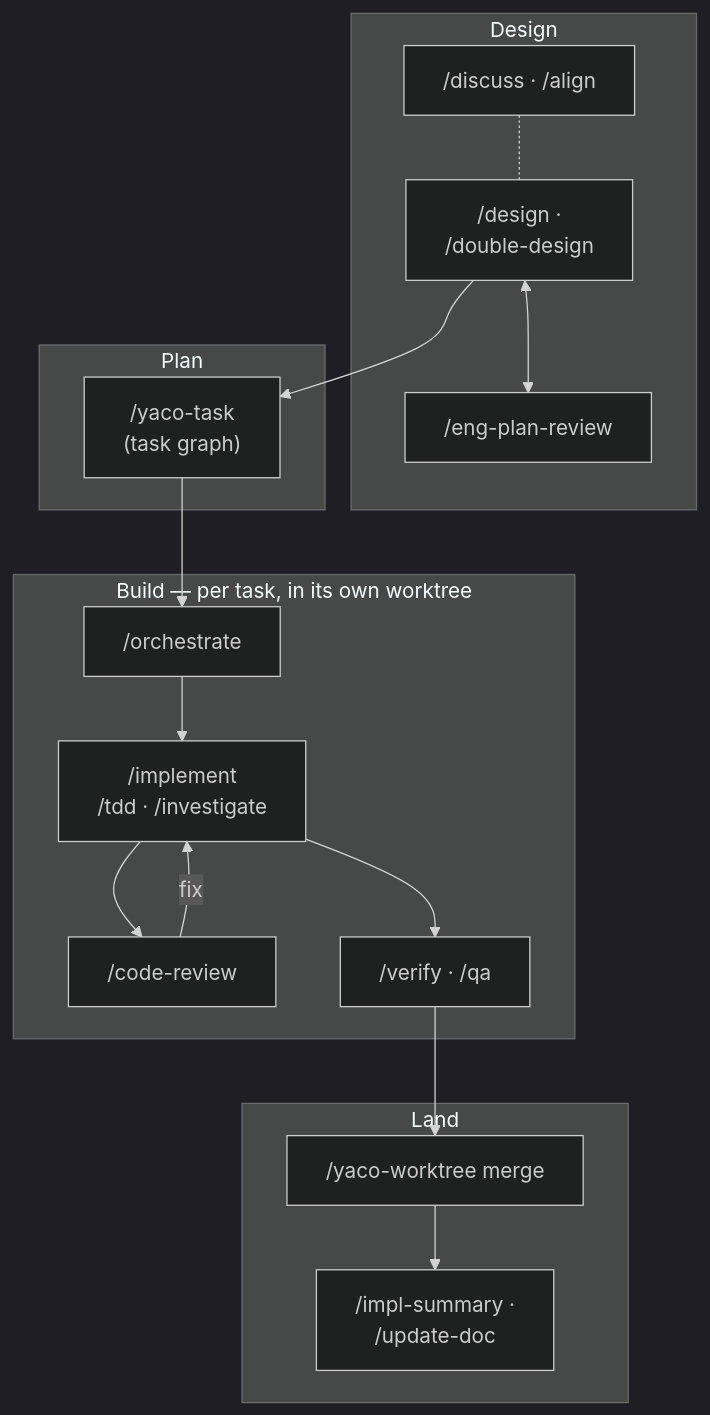
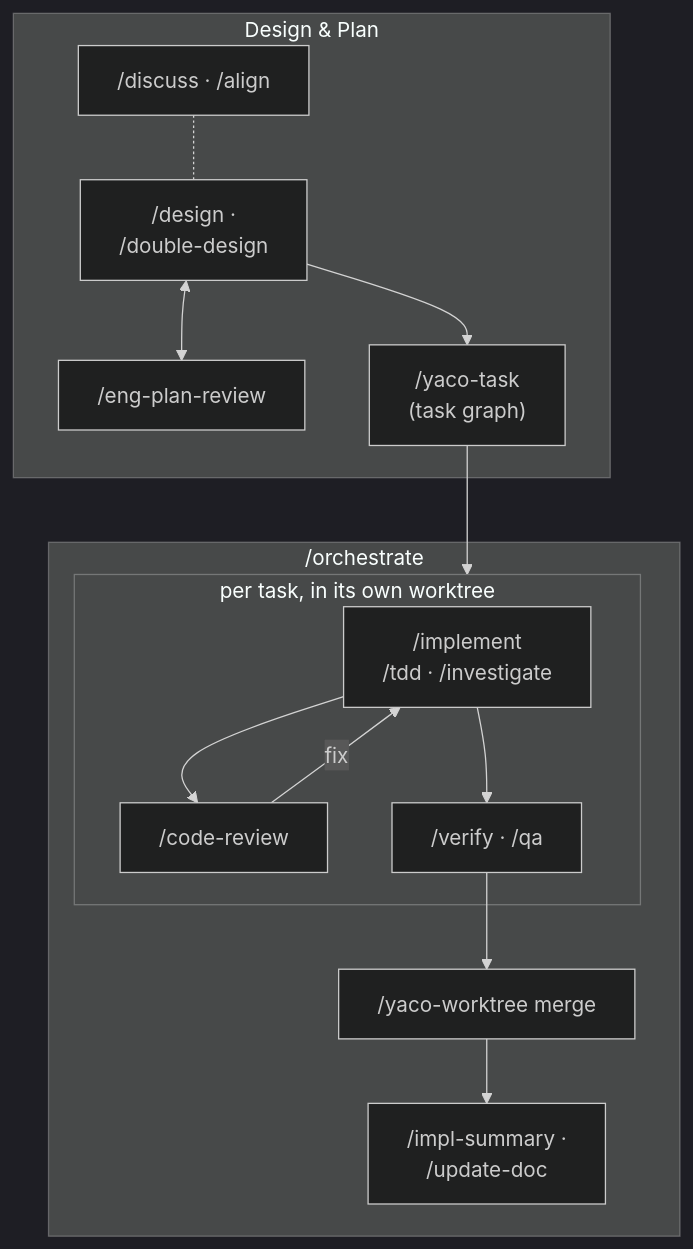
Before and after one commit to imoonkey/yaco: the diagram in README.md, drawn with Mermaid (dark theme).

Commit message:
docs(readme): chart — /orchestrate wraps the per-task loop and landing; /yaco-task joins Design & Plan

````diff
--- a/README.md
+++ b/README.md
@@ -115,22 +115,18 @@
 ```mermaid
 flowchart TD
-    subgraph DE ["Design"]
+    subgraph DE ["Design & Plan"]
         D["/design ·<br>/double-design"] <--> EPR["/eng-plan-review"]
         DIS["/discuss · /align"] -.- D
+        D --> TG["/yaco-task<br>(task graph)"]
     end
-    subgraph PL ["Plan"]
-        TG["/yaco-task<br>(task graph)"]
+    subgraph OR ["/orchestrate"]
+        subgraph BU ["per task, in its own worktree"]
+            I["/implement<br>/tdd · /investigate"] --> CR["/code-review"]
+            CR -->|fix| I
+            I --> V["/verify · /qa"]
+        end
+        V --> M["/yaco-worktree merge"]
+        M --> IS["/impl-summary ·<br>/update-doc"]
     end
-    subgraph BU ["Build — per task, in its own worktree"]
-        O["/orchestrate"] --> I["/implement<br>/tdd · /investigate"]
-        I --> CR["/code-review"]
-        CR -->|fix| I
-        I --> V["/verify · /qa"]
-    end
-    subgraph LA ["Land"]
-        M["/yaco-worktree merge"] --> IS["/impl-summary ·<br>/update-doc"]
-    end
-    D --> TG
-    TG --> O
-    V --> M
+    TG --> BU
 ```
````
